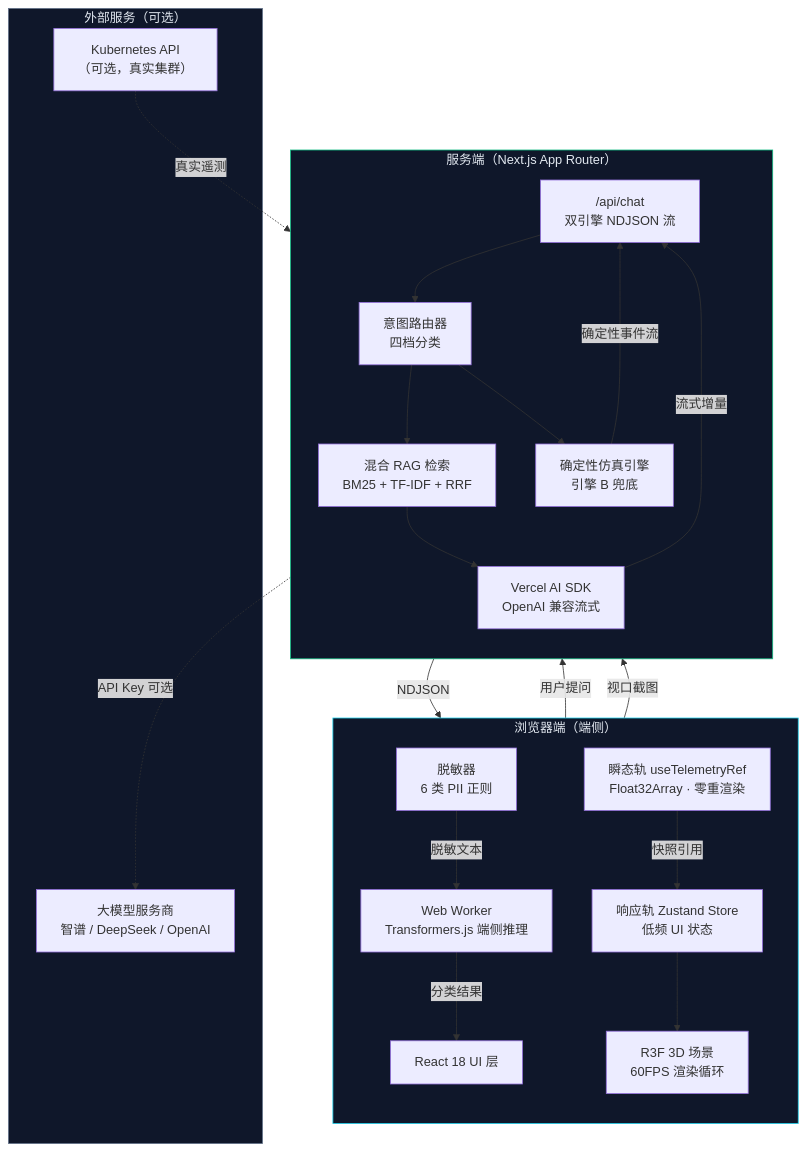
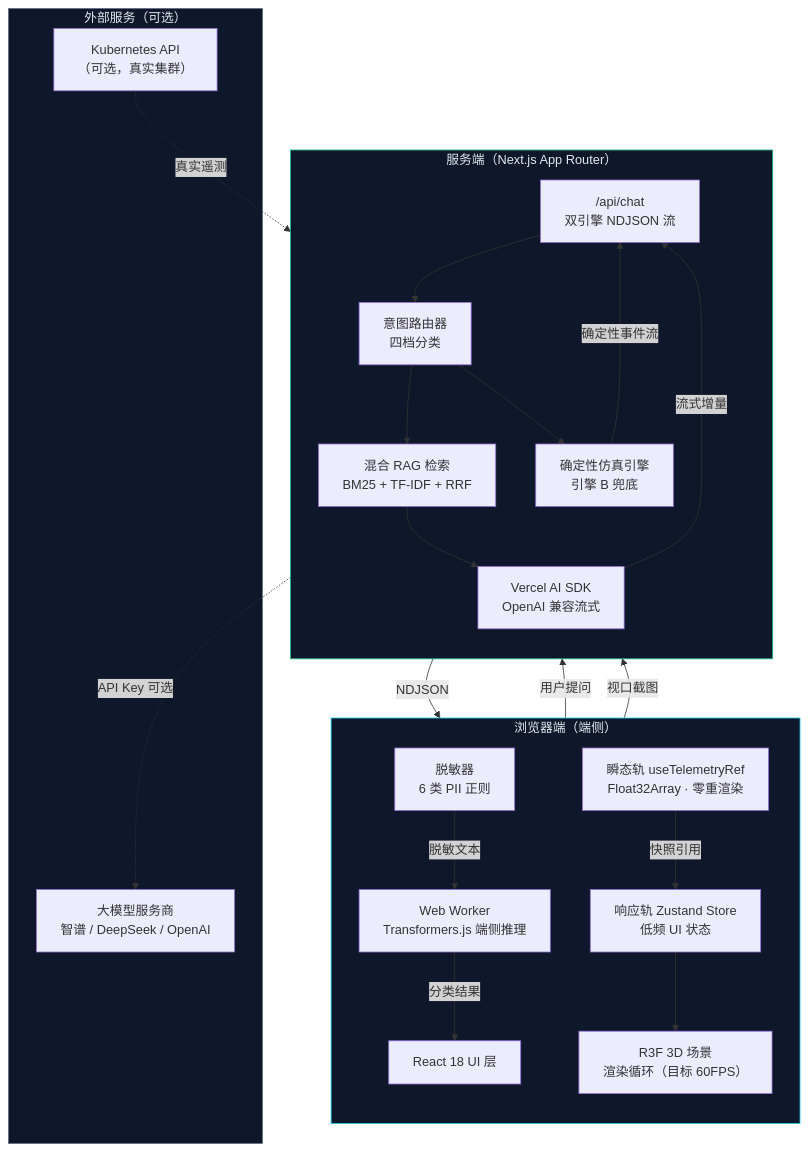
The first of 12 diagrams in docs/COMPETITION_TECHNICAL_WHITEPAPER.md (Atlantier/KubeVision), drawn with Mermaid before and after one commit. The commit also changed other lines of this file and 40 other files, not shown here.

````diff
--- a/docs/COMPETITION_TECHNICAL_WHITEPAPER.md
+++ b/docs/COMPETITION_TECHNICAL_WHITEPAPER.md
@@ -129,46 +129,46 @@
 ```mermaid
 graph TB
     subgraph Browser["浏览器端（端侧）"]
         direction TB
         UI["React 18 UI 层"]
-        R3F["R3F 3D 场景<br/>60FPS 渲染循环"]
+        R3F["R3F 3D 场景<br/>渲染循环（目标 60FPS）"]
         Transient["瞬态轨 useTelemetryRef<br/>Float32Array · 零重渲染"]
         Store["响应轨 Zustand Store<br/>低频 UI 状态"]
         Worker["Web Worker<br/>Transformers.js 端侧推理"]
         Sanitizer["脱敏器<br/>6 类 PII 正则"]
     end
 
     subgraph Server["服务端（Next.js App Router）"]
         direction TB
         ChatAPI["/api/chat<br/>双引擎 NDJSON 流"]
         Router["意图路由器<br/>四档分类"]
         RAG["混合 RAG 检索<br/>BM25 + TF-IDF + RRF"]
         LLM["Vercel AI SDK<br/>OpenAI 兼容流式"]
         Sim["确定性仿真引擎<br/>引擎 B 兜底"]
     end
 
     subgraph External["外部服务（可选）"]
         Provider["大模型服务商<br/>智谱 / DeepSeek / OpenAI"]
         K8s["Kubernetes API<br/>（可选，真实集群）"]
     end
 
     UI -->|"用户提问"| ChatAPI
     R3F -->|"视口截图"| ChatAPI
     Sanitizer -->|"脱敏文本"| Worker
     Worker -->|"分类结果"| UI
     ChatAPI --> Router
     Router --> RAG
     RAG --> LLM
     Router --> Sim
     LLM -->|"流式增量"| ChatAPI
     Sim -->|"确定性事件流"| ChatAPI
     ChatAPI -->|"NDJSON"| UI
     LLM -.->|"API Key 可选"| Provider
     Transient -->|"快照引用"| Store
     Store --> R3F
     K8s -.->|"真实遥测"| Server
 
     style Browser fill:#0f172a,stroke:#22d3ee,color:#e2e8f0
     style Server fill:#0f172a,stroke:#10b981,color:#e2e8f0
     style External fill:#0f172a,stroke:#64748b,color:#e2e8f0
 ```
````
